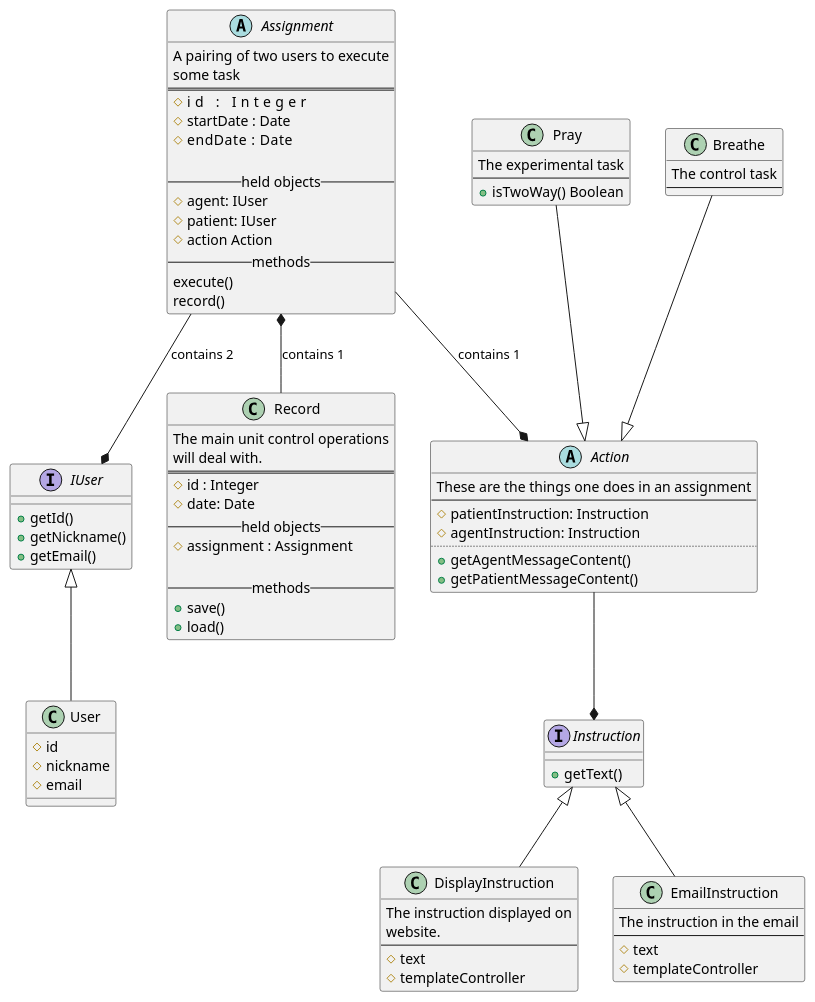
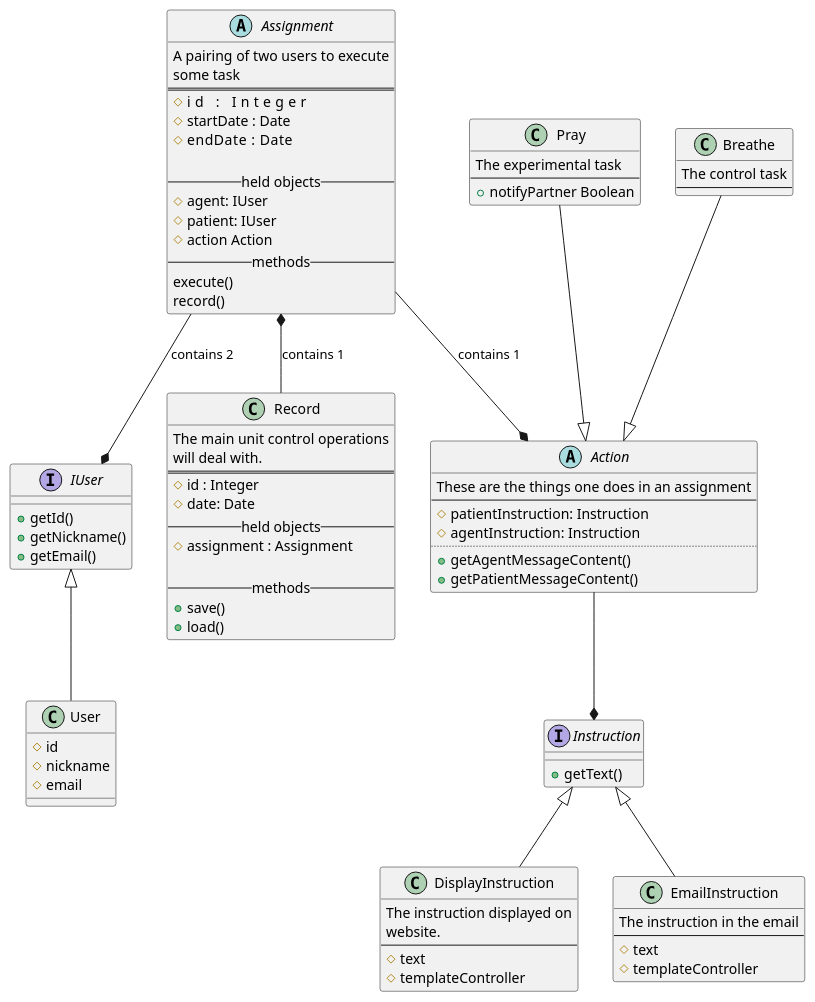
Before and after one commit to PainNarrativesLab/PainPrayerProject: the diagram in docs/user_assignments.puml, drawn with PlantUML. The commit also changed 21 other files, not shown here.

Commit message:
More work on uml files for planning

```diff
--- a/docs/user_assignments.puml
+++ b/docs/user_assignments.puml
@@ -1,101 +1,101 @@
 @startuml
 
 interface IUser{
     +getId()
     +getNickname()
     +getEmail()
 }
 IUser <|-- User
 class User {
 #id
 #nickname
 #email
 }
 
 
 
 abstract class Action{
     These are the things one does in an assignment
     ---
     #patientInstruction: Instruction
     #agentInstruction: Instruction
     ....
     +getAgentMessageContent()
     +getPatientMessageContent()
 }
 class Pray{
     The experimental task
     ----
-    +isTwoWay() Boolean
+    +notifyPartner Boolean
 }
 
 class Breathe{
     The control task
     ----
 }
 
 interface Instruction{
     +getText()
 }
 
 class DisplayInstruction{
 The instruction displayed on
 website.
 ----
 #text
 #templateController
 }
 
 class EmailInstruction{
 The instruction in the email
 ----
 #text
 #templateController
 }
 Instruction <|-- EmailInstruction
 Instruction <|-- DisplayInstruction
 
 
 
 abstract class Assignment{
 A pairing of two users to execute
 some task
 ====
 #id              : Integer
 #startDate : Date
 #endDate   : Date
 
 -- held objects --
 #agent: IUser
 #patient: IUser
 #action Action
 -- methods --
 execute()
 record()
 }
 
 class Record{
 The main unit control operations
 will deal with.
 ====
 #id : Integer
 #date: Date
 -- held objects --
 #assignment : Assignment
 
 -- methods --
 +save()
 +load()
 }
 
 Record -up-* Assignment : contains 1
 
 Pray --|> Action
 Breathe --|> Action
 Action --* Instruction
 
 Assignment --* Action : contains 1
 Assignment --* IUser : contains 2
 
 
 @enduml
```
